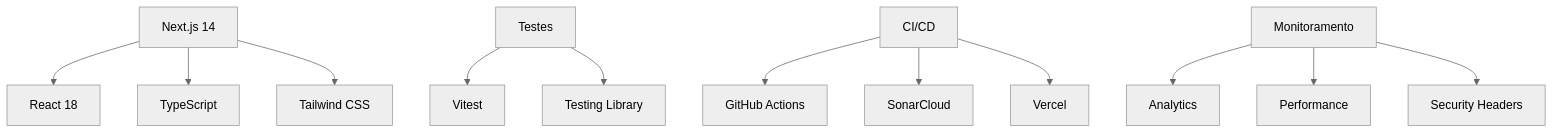
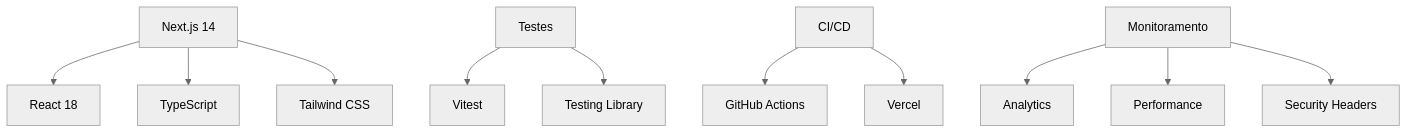
Before and after one commit to bob-reis/site-yeslinux: the diagram in README.md, drawn with Mermaid (neutral theme). The commit also changed other lines of this file and 8 other files, not shown here.

First line of the commit message:
ci(docs): remover SonarCloud (workflow e badge de cobertura) e limpar README

````diff
--- a/README.md
+++ b/README.md
@@ -34,17 +32,16 @@
 ```mermaid
 graph TB
     A[Next.js 14] --> B[React 18]
     A --> C[TypeScript]
     A --> D[Tailwind CSS]
     
     E[Testes] --> F[Vitest]
     E --> G[Testing Library]
     
     H[CI/CD] --> I[GitHub Actions]
-    H --> J[SonarCloud]
     H --> K[Vercel]
     
     L[Monitoramento] --> M[Analytics]
     L --> N[Performance]
     L --> O[Security Headers]
 ```
````
